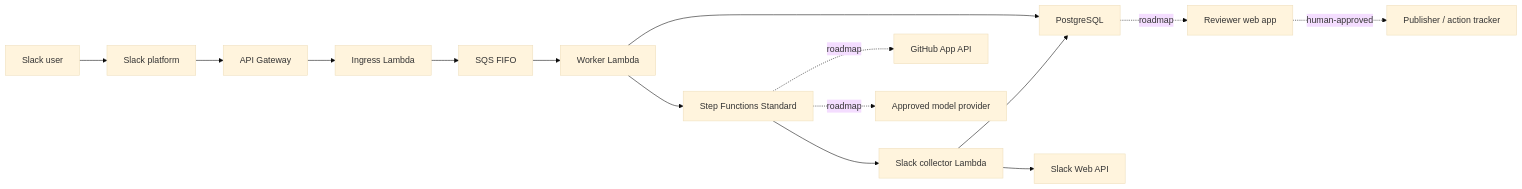
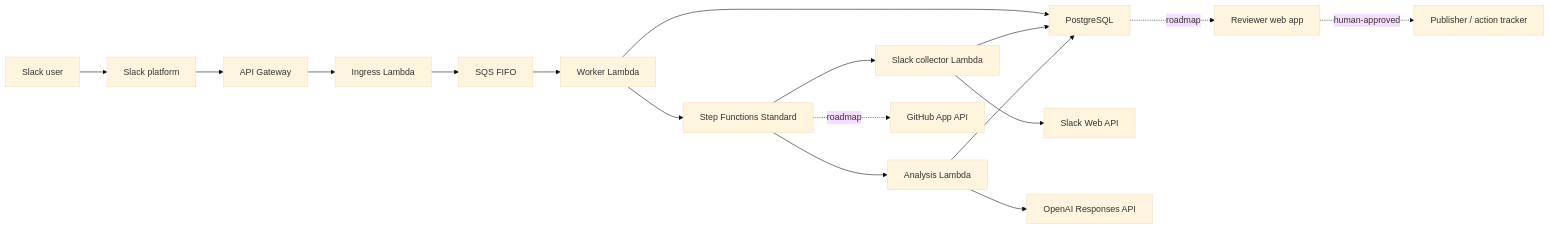
One commit to SharmaKunal14/slack-incidence-evidence changed the first of 4 diagrams in docs/architecture.md. Above: the diagram before and after it, drawn with Mermaid (base theme). The commit also changed other lines of this file and 31 other files, not shown here.

````diff
--- a/docs/architecture.md
+++ b/docs/architecture.md
@@ -138,18 +146,20 @@
 ```mermaid
 flowchart LR
     U["Slack user"] --> SL["Slack platform"]
     SL --> GW["API Gateway"]
     GW --> API["Ingress Lambda"]
     API --> Q["SQS FIFO"]
     Q --> W["Worker Lambda"]
     W --> PG["PostgreSQL"]
     W --> SFN["Step Functions Standard"]
 
     SFN --> EC["Slack collector Lambda"]
     EC --> SA["Slack Web API"]
     EC --> PG
+    SFN --> AX["Analysis Lambda"]
+    AX --> AI["OpenAI Responses API"]
+    AX --> PG
     SFN -. "roadmap" .-> GH["GitHub App API"]
-    SFN -. "roadmap" .-> AI["Approved model provider"]
     PG -. "roadmap" .-> UI["Reviewer web app"]
     UI -. "human-approved" .-> PUB["Publisher / action tracker"]
 ```
````
